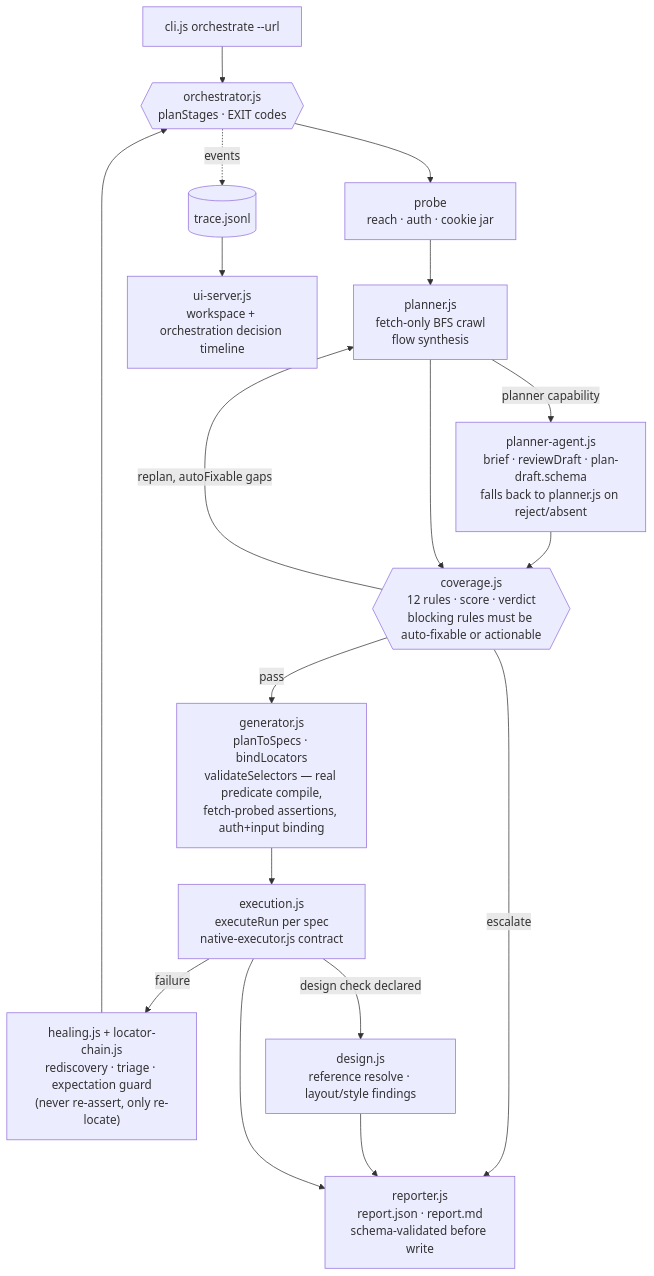
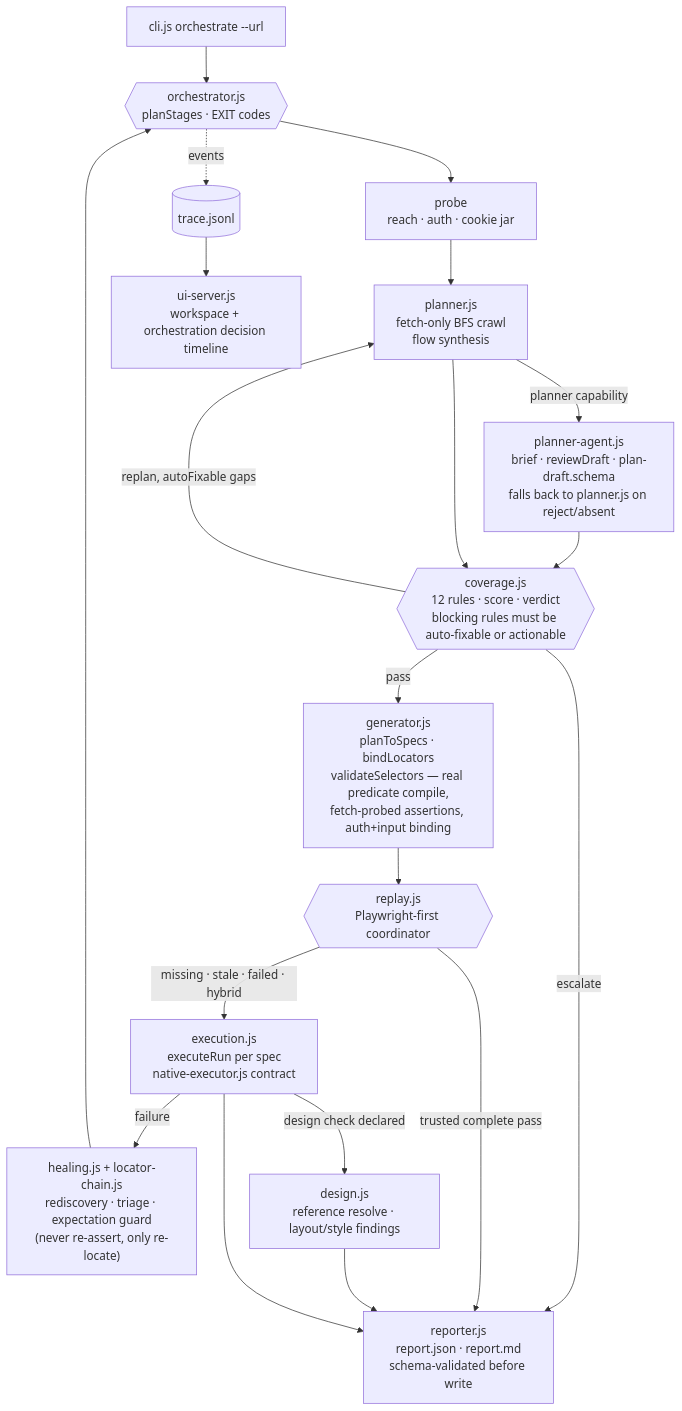
One commit to sudip-mondal-2002/Automated-QA changed the diagram in docs/architecture.md. Above: the diagram before and after it, drawn with Mermaid. The commit also changed other lines of this file and 32 other files, not shown here.

````diff
--- a/docs/architecture.md
+++ b/docs/architecture.md
@@ -3,20 +3,22 @@
 ```mermaid
 flowchart TB
   CLI["cli.js orchestrate --url"] --> ORC{{"orchestrator.js<br/>planStages · EXIT codes"}}
   ORC --> PROBE["probe<br/>reach · auth · cookie jar"]
   PROBE --> PLAN["planner.js<br/>fetch-only BFS crawl<br/>flow synthesis"]
   PLAN -->|"planner capability"| PAGENT["planner-agent.js<br/>brief · reviewDraft · plan-draft.schema<br/>falls back to planner.js on reject/absent"]
   PAGENT --> GATE
   PLAN --> GATE{{"coverage.js<br/>12 rules · score · verdict<br/>blocking rules must be auto-fixable or actionable"}}
   GATE -->|replan, autoFixable gaps| PLAN
   GATE -->|escalate| REP
   GATE -->|pass| GEN["generator.js<br/>planToSpecs · bindLocators<br/>validateSelectors — real predicate compile,<br/>fetch-probed assertions, auth+input binding"]
-  GEN --> RUN["execution.js<br/>executeRun per spec<br/>native-executor.js contract"]
+  GEN --> COORD{{"replay.js<br/>Playwright-first coordinator"}}
+  COORD -->|trusted complete pass| REP
+  COORD -->|missing · stale · failed · hybrid| RUN["execution.js<br/>executeRun per spec<br/>native-executor.js contract"]
   RUN -->|failure| HEAL["healing.js + locator-chain.js<br/>rediscovery · triage · expectation guard<br/>(never re-assert, only re-locate)"]
   HEAL --> ORC
   RUN -->|design check declared| DESIGN["design.js<br/>reference resolve · layout/style findings"]
   DESIGN --> REP
   RUN --> REP["reporter.js<br/>report.json · report.md<br/>schema-validated before write"]
   ORC -.->|events| TR[("trace.jsonl")]
   TR --> UI["ui-server.js<br/>workspace + orchestration decision timeline"]
 ```
````
